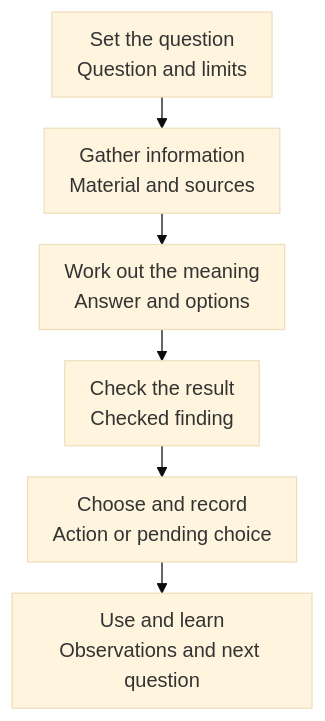
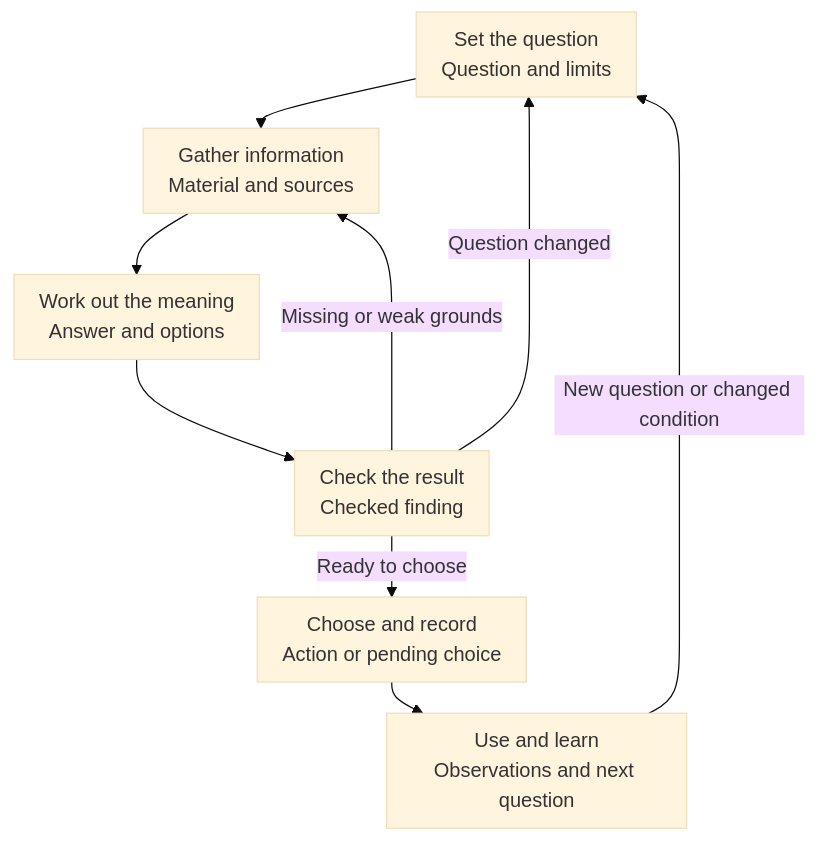
Before and after one commit to furytale/discovery-playbook: the first of 2 diagrams in research-work.md, drawn with Mermaid (base theme). The commit also changed other lines of this file and 4 other files, not shown here.

````diff
--- a/research-work.md
+++ b/research-work.md
@@ -19,17 +19,20 @@
 ```mermaid
 ---
 config:
   flowchart:
     nodeSpacing: 15
     rankSpacing: 25
     padding: 10
 ---
 flowchart TD
     accTitle: One research question and its results
-    accDescr: Set a question and boundaries, gather material with sources, interpret it into an answer or options, check the result, record a chosen action or pending choice, then use the result and learn from observations. The adjacent guidance explains when to return to a particular function.
+    accDescr: Frame the question and limits, gather suitable material, interpret it, and challenge the result. A changed question returns to framing; missing or weak grounds return to acquisition. A checked result goes to a choice and action. Later observations may open the next question.
     F["Set the question<br/>Question and limits"] --> A["Gather information<br/>Material and sources"]
     A --> I["Work out the meaning<br/>Answer and options"]
     I --> C["Check the result<br/>Checked finding"]
-    C --> D["Choose and record<br/>Action or pending choice"]
+    C -->|Question changed| F
+    C -->|Missing or weak grounds| A
+    C -->|Ready to choose| D["Choose and record<br/>Action or pending choice"]
     D --> L["Use and learn<br/>Observations and next question"]
+    L -->|New question or changed condition| F
 ```
````
